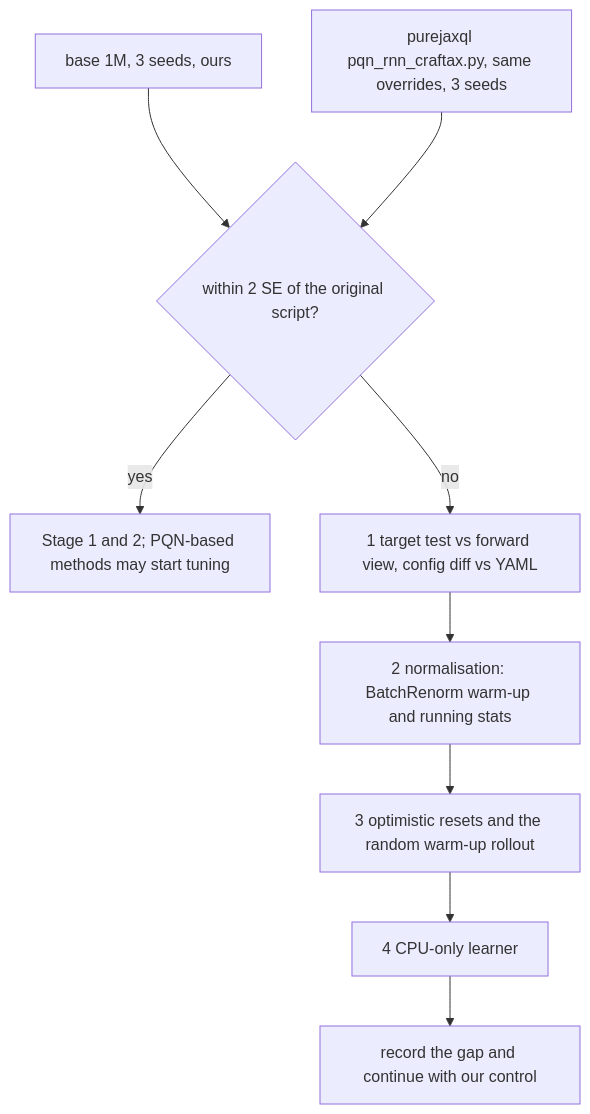
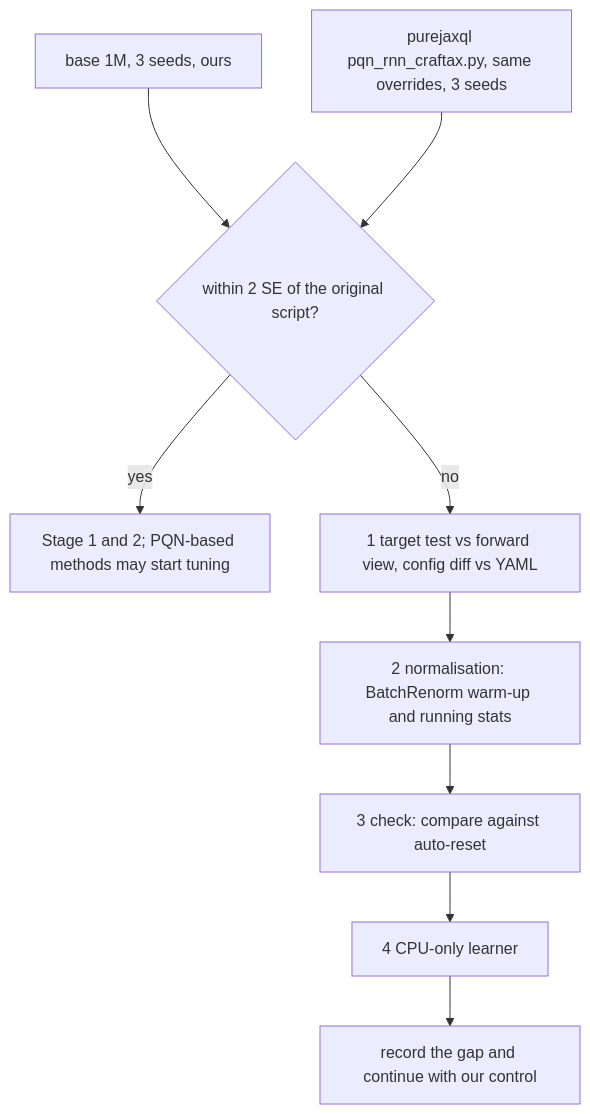
One commit to Pawlo77/rl-craftmax changed the second of 2 diagrams in plans/2026-10-20-craftax-project/2026-10-20-craftax-method-pqn-rnn.md. Above: the diagram before and after it, drawn with Mermaid. The commit also changed other lines of this file and 16 other files, not shown here.

````diff
--- a/plans/2026-10-20-craftax-project/2026-10-20-craftax-method-pqn-rnn.md
+++ b/plans/2026-10-20-craftax-project/2026-10-20-craftax-method-pqn-rnn.md
@@ -166,11 +168,11 @@
 ```mermaid
 flowchart TD
   A["base 1M, 3 seeds, ours"] --> C{"within 2 SE of the original script?"}
   B["purejaxql pqn_rnn_craftax.py, same overrides, 3 seeds"] --> C
   C -->|yes| D["Stage 1 and 2; PQN-based methods may start tuning"]
   C -->|no| E["1 target test vs forward view, config diff vs YAML"]
   E --> F["2 normalisation: BatchRenorm warm-up and running stats"]
-  F --> G["3 optimistic resets and the random warm-up rollout"]
+  F --> G["3 check: compare against auto-reset"]
   G --> H["4 CPU-only learner"]
   H --> I["record the gap and continue with our control"]
 ```
````
